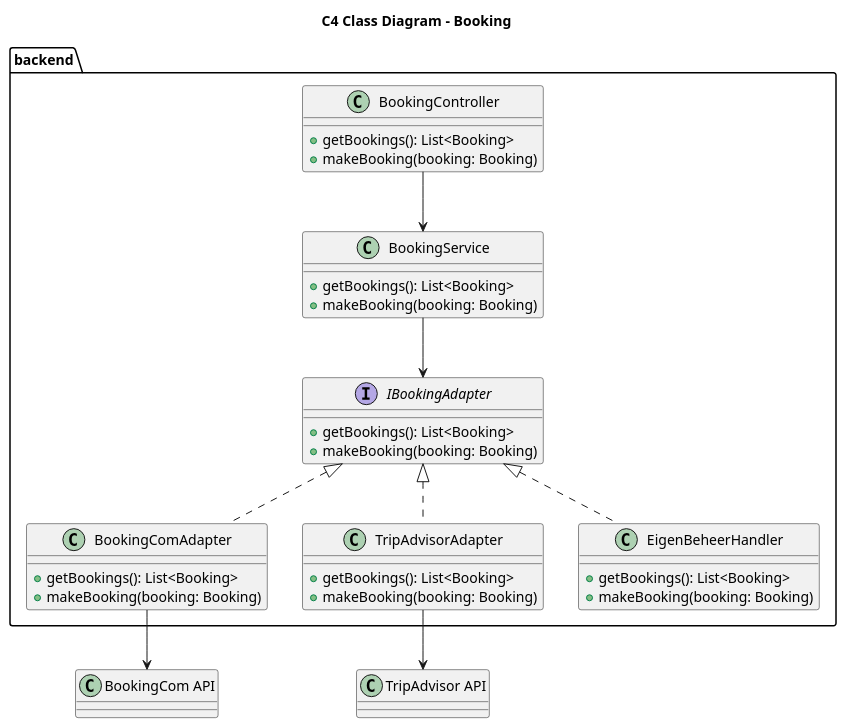
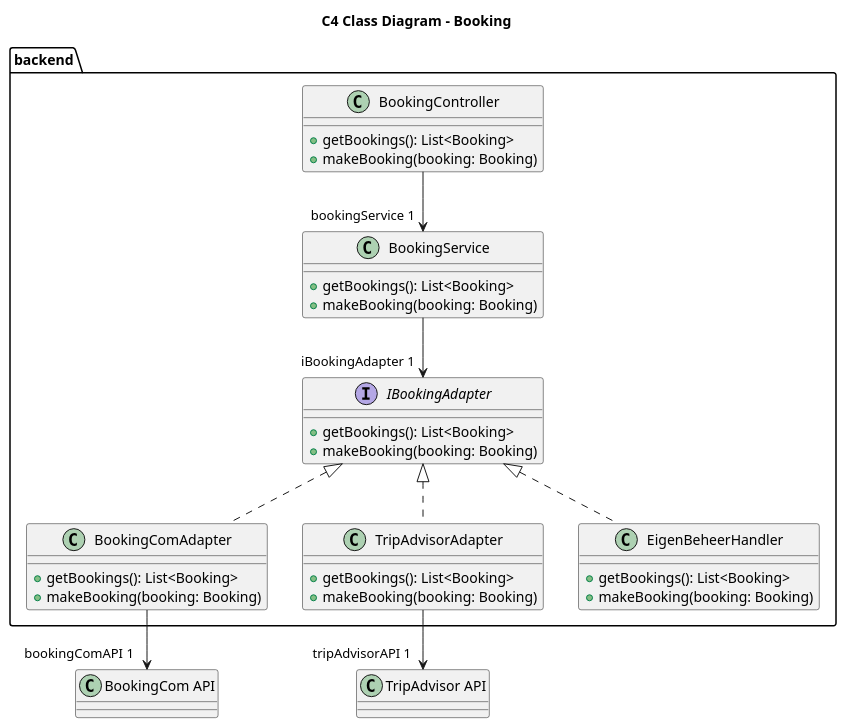
Before and after one commit to AIM-ENE-feb25/triptop-groep-4-jochem-roald-stijn-a: the diagram in software-guidebook/sgb-bestanden/ontwerpvragen/Modifiability - class diagram.puml, drawn with PlantUML. The commit also changed 5 other files, not shown here.

Commit message:
Mollie API toegevoegd aan lijst, Kopjes naar Nederlands, Klassendiagram update

```diff
--- a/software-guidebook/sgb-bestanden/ontwerpvragen/Modifiability - class diagram.puml
+++ b/software-guidebook/sgb-bestanden/ontwerpvragen/Modifiability - class diagram.puml
@@ -1,47 +1,47 @@
 @startuml
 title C4 Class Diagram - Booking
 
 
 package "backend" {
 
 interface IBookingAdapter {
     + getBookings(): List<Booking>
     + makeBooking(booking: Booking)
 }
 
 class BookingComAdapter {
     + getBookings(): List<Booking>
     + makeBooking(booking: Booking)
 }
 
 class TripAdvisorAdapter {
     + getBookings(): List<Booking>
     + makeBooking(booking: Booking)
 }
 
 class EigenBeheerHandler {
     + getBookings(): List<Booking>
     + makeBooking(booking: Booking)
 }
 
 class BookingController {
     + getBookings(): List<Booking>
     + makeBooking(booking: Booking)
 }
 
 class BookingService {
     + getBookings(): List<Booking>
     + makeBooking(booking: Booking)
 }
 
 }
 
 IBookingAdapter <|.. BookingComAdapter
 IBookingAdapter <|.. TripAdvisorAdapter
 IBookingAdapter <|.. EigenBeheerHandler
-BookingComAdapter --> "BookingCom API"
-TripAdvisorAdapter --> "TripAdvisor API"
+BookingComAdapter --> "bookingComAPI 1" "BookingCom API"
+TripAdvisorAdapter --> "tripAdvisorAPI 1" "TripAdvisor API"
 
-BookingController --> BookingService
-BookingService --> IBookingAdapter
+BookingController --> "bookingService 1" BookingService
+BookingService --> "iBookingAdapter 1" IBookingAdapter
 @enduml
```
